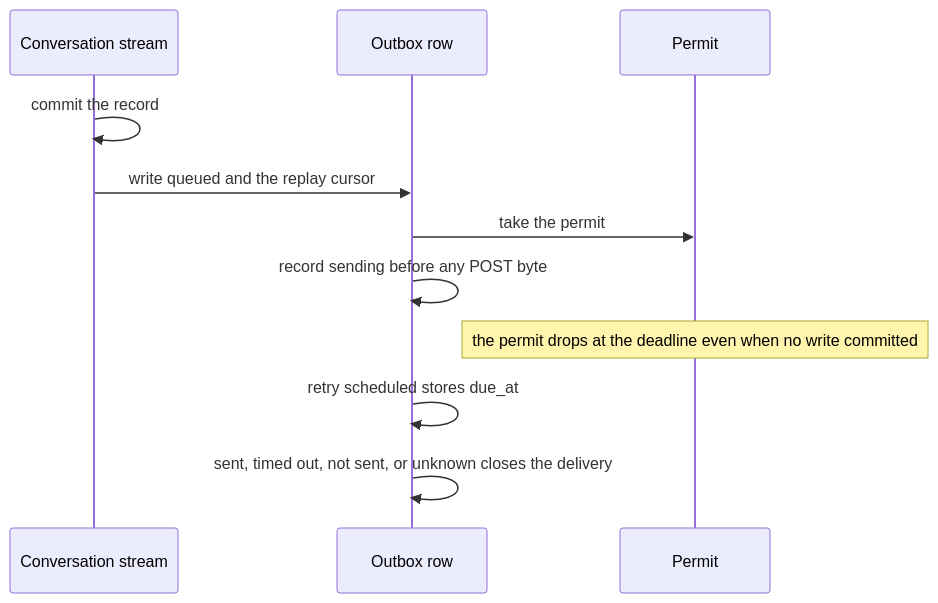
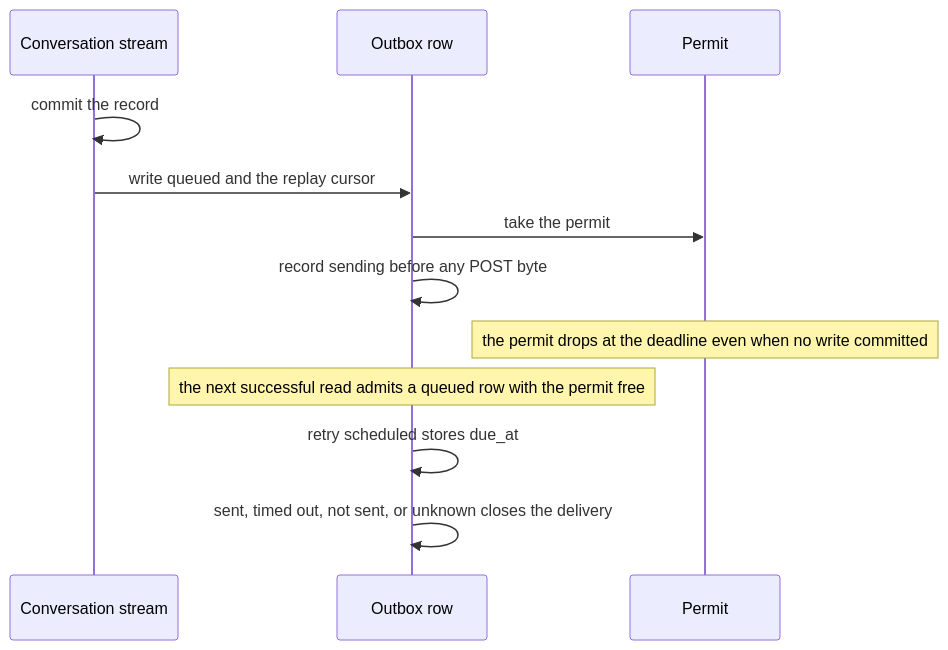
The fourth of 7 diagrams in docs/design/access-grants.md (nessalabs/nessa-agent), drawn with Mermaid before and after one commit. The commit also changed other lines of this file, not shown here.

First line of the commit message:
Admit a queued webhook row from the live outbox scan

````diff
--- a/docs/design/access-grants.md
+++ b/docs/design/access-grants.md
@@ -859,13 +872,14 @@
 ```mermaid
 sequenceDiagram
   participant Source as Conversation stream
   participant Outbox as Outbox row
   participant Permit
   Source->>Source: commit the record
   Source->>Outbox: write queued and the replay cursor
   Outbox->>Permit: take the permit
   Outbox->>Outbox: record sending before any POST byte
   Note over Permit: the permit drops at the deadline even when no write committed
+  Note over Outbox: the next successful read admits a queued row with the permit free
   Outbox->>Outbox: retry scheduled stores due_at
   Outbox->>Outbox: sent, timed out, not sent, or unknown closes the delivery
 ```
````
